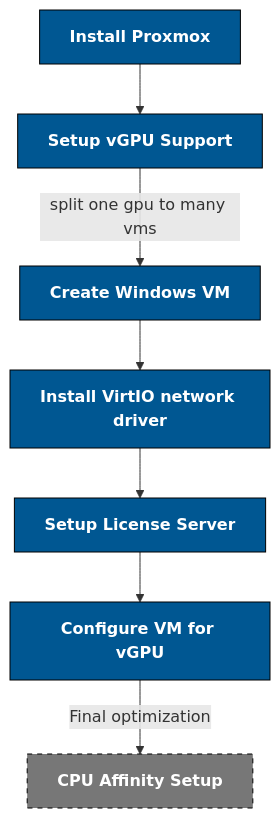
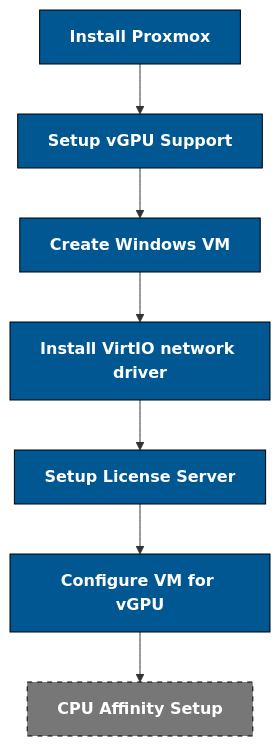
Before and after one commit to Xenogy/flabs_proxmox: the diagram in README.md, drawn with Mermaid. The commit also changed other lines of this file, not shown here.

````diff
--- a/README.md
+++ b/README.md
@@ -65,17 +65,17 @@
 ```mermaid
 flowchart TD
     A[Install Proxmox] --> B[Setup vGPU Support]
-    B -->|split one gpu to many vms| C[Create Windows VM]
+    B --> C[Create Windows VM]
     C --> D[Install VirtIO network driver]
     D --> E[Setup License Server]
     E --> F[Configure VM for vGPU]
-    F -->|Final optimization| G[CPU Affinity Setup]
+    F -->  G[CPU Affinity Setup]
 
     style A fill:#005792,stroke:#000000,color:#ffffff,font-weight:bold
     style B fill:#005792,stroke:#000000,color:#ffffff,font-weight:bold
     style C fill:#005792,stroke:#000000,color:#ffffff,font-weight:bold
     style D fill:#005792,stroke:#000000,color:#ffffff,font-weight:bold
     style E fill:#005792,stroke:#000000,color:#ffffff,font-weight:bold
     style F fill:#005792,stroke:#000000,color:#ffffff,font-weight:bold
     style G fill:#777777,stroke:#000000,color:#ffffff,font-weight:bold,stroke-dasharray: 5 5
 ```
````
